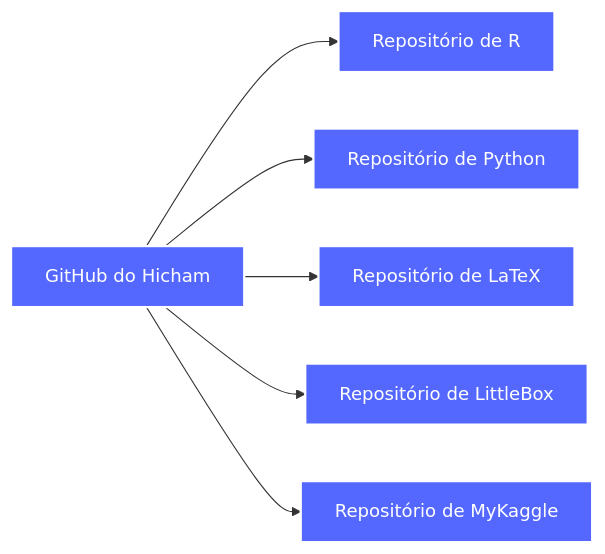
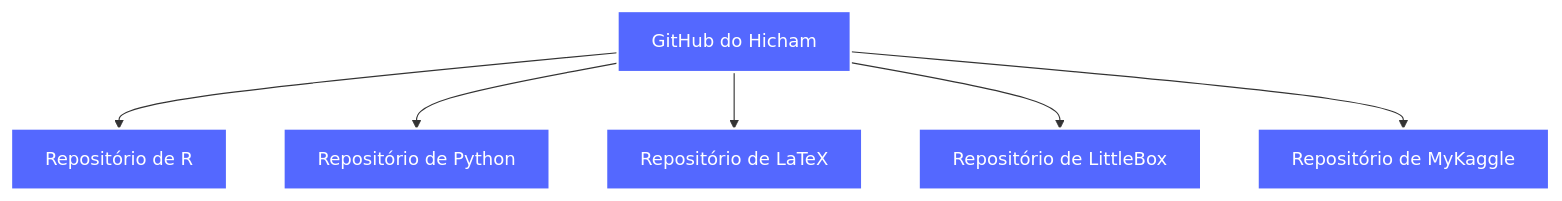
Before and after one commit to Hic-Tayfour/Hic-Tayfour: the first of 3 diagrams in README.md, drawn with Mermaid.

````diff
--- a/README.md
+++ b/README.md
@@ -43,16 +43,16 @@
 ```mermaid
-graph LR
+graph TD
     %% Definindo estilos personalizados para as caixas com base no tema "algolia"
     classDef reposit color:#fff, fill:#5468FF, stroke:#ffffff, stroke-width:2px;
     
     %% Definindo o GitHub como ponto de entrada
     HT[GitHub do Hicham] -->R[Repositório de R]
     HT --> Py[Repositório de Python]
     HT --> Tex[Repositório de LaTeX]
     HT --> LB[Repositório de LittleBox]
     HT --> MK[Repositório de MyKaggle]
     
     %% Aplicando classes de estilo aos nós principais
     class HT reposit;
     class R,Py,Tex,LB,MK reposit;
 ```
````
